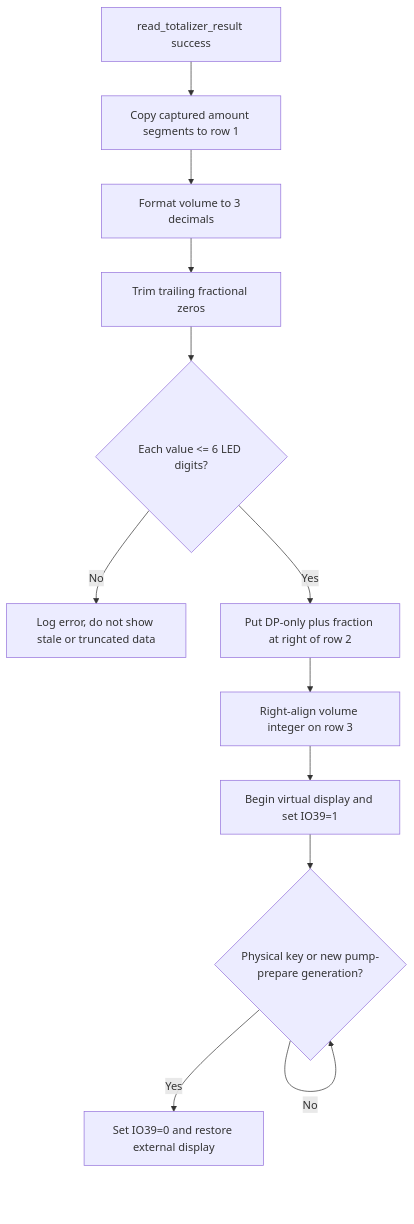
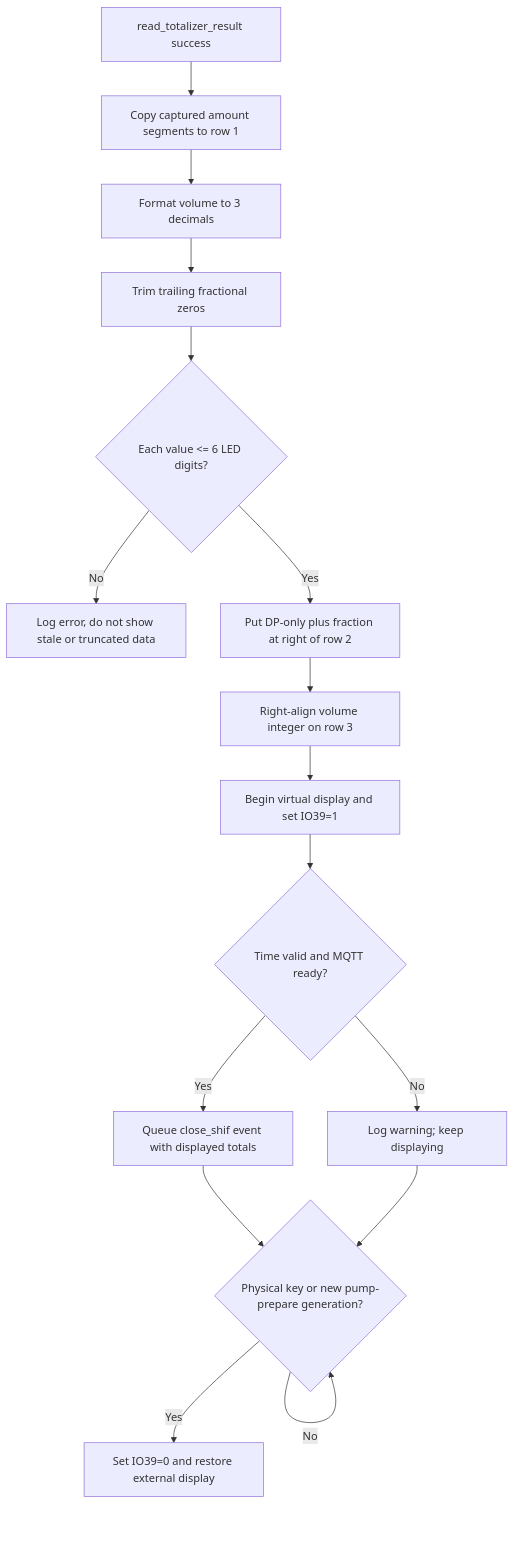
The ninth of 16 diagrams in docs/iot/firmware/flow.md (kenhkythuat/keyboard_phuongnam), drawn with Mermaid before and after one commit. The commit also changed other lines of this file and 8 other files, not shown here.

````diff
--- a/docs/iot/firmware/flow.md
+++ b/docs/iot/firmware/flow.md
@@ -211,14 +217,18 @@
 ```mermaid
 flowchart TD
     A[read_totalizer_result success] --> B[Copy captured amount segments to row 1]
     B --> C[Format volume to 3 decimals]
     C --> D[Trim trailing fractional zeros]
     D --> E{Each value <= 6 LED digits?}
     E -- No --> X[Log error, do not show stale or truncated data]
     E -- Yes --> F[Put DP-only plus fraction at right of row 2]
     F --> H[Right-align volume integer on row 3]
     H --> I[Begin virtual display and set IO39=1]
-    I --> J{Physical key or new pump-prepare generation?}
+    I --> Q{Time valid and MQTT ready?}
+    Q -- Yes --> R[Queue close_shif event with displayed totals]
+    Q -- No --> S[Log warning; keep displaying]
+    R --> J{Physical key or new pump-prepare generation?}
+    S --> J
     J -- No --> J
     J -- Yes --> K[Set IO39=0 and restore external display]
 ```
````
